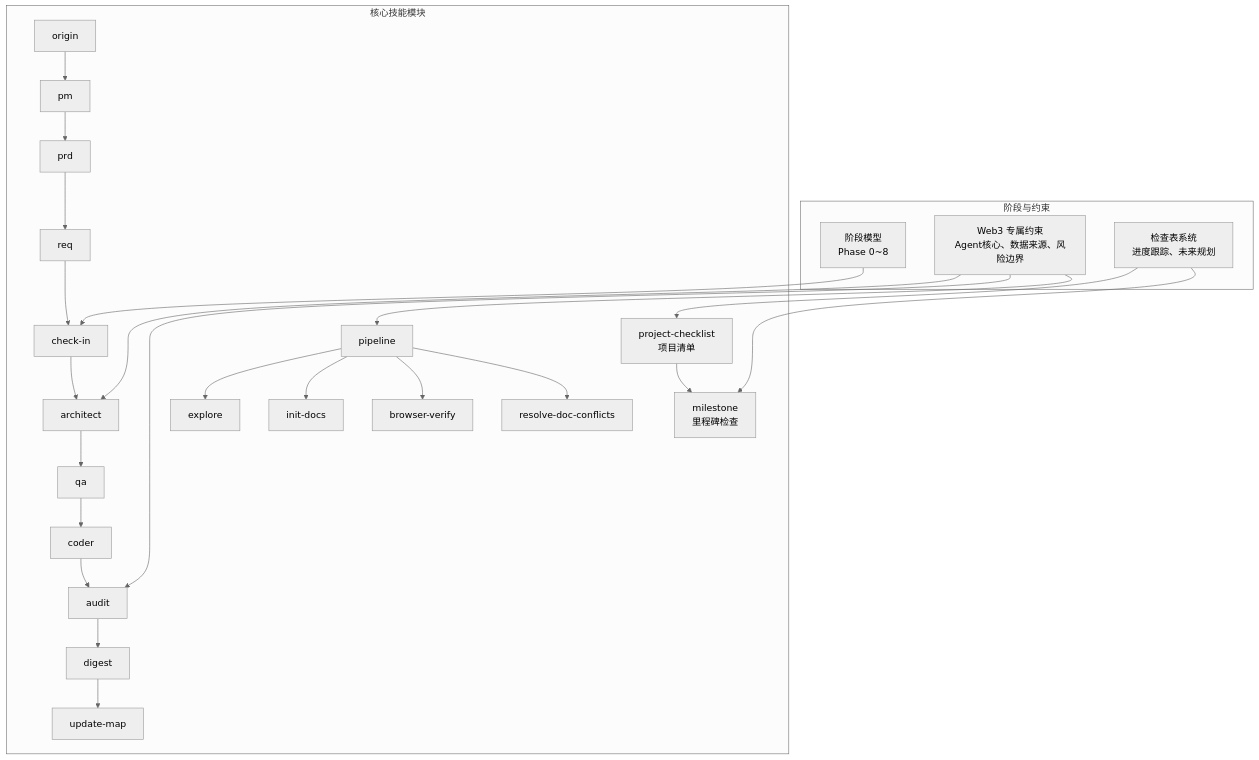
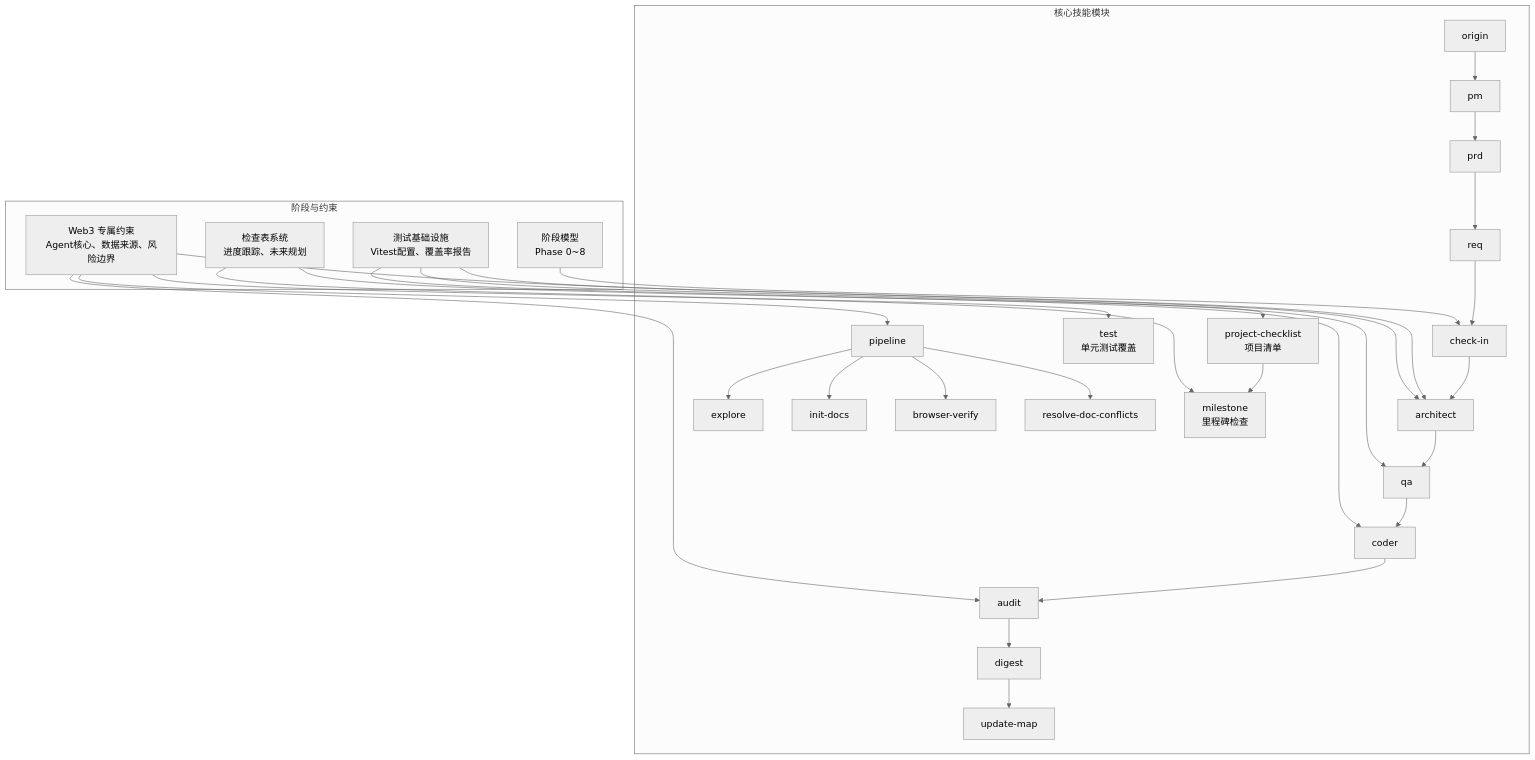
The second of 6 diagrams in .qoder/repowiki/zh/content/项目概述/项目概述.md (CryptoLinxu/Web3-AI-Agent), drawn with Mermaid (neutral theme) before and after one commit. The commit also changed other lines of this file and 17 other files, not shown here.

````diff
--- a/.qoder/repowiki/zh/content/项目概述/项目概述.md
+++ b/.qoder/repowiki/zh/content/项目概述/项目概述.md
@@ -139,40 +168,46 @@
 ```mermaid
 graph TB
 subgraph "阶段与约束"
 PHASES["阶段模型<br/>Phase 0~8"]
 WEB3_CONSTRAINTS["Web3 专属约束<br/>Agent核心、数据来源、风险边界"]
 CHECKLIST_SYSTEM["检查表系统<br/>进度跟踪、未来规划"]
+TEST_INFRASTRUCTURE["测试基础设施<br/>Vitest配置、覆盖率报告"]
 end
 subgraph "核心技能模块"
 ORG["origin"]
 PM["pm"]
 REQ["req"]
 PRD["prd"]
 CHECKIN["check-in"]
 ARCH["architect"]
 QA["qa"]
 CODER["coder"]
 AUDIT["audit"]
 DIGEST["digest"]
 UPDATE["update-map"]
 PIPE["pipeline"]
 EXPLORE["explore"]
 INIT["init-docs"]
 VER["browser-verify"]
 RES["resolve-doc-conflicts"]
+TEST["test<br/>单元测试覆盖"]
 CHECKLIST["project-checklist<br/>项目清单"]
 MILESTONE["milestone<br/>里程碑检查"]
 end
 PHASES --> CHECKIN
 WEB3_CONSTRAINTS --> ARCH
 WEB3_CONSTRAINTS --> AUDIT
 WEB3_CONSTRAINTS --> PIPE
+WEB3_CONSTRAINTS --> TEST
 CHECKLIST_SYSTEM --> CHECKLIST
 CHECKLIST_SYSTEM --> MILESTONE
+TEST_INFRASTRUCTURE --> QA
+TEST_INFRASTRUCTURE --> CODER
+TEST_INFRASTRUCTURE --> ARCH
 ORG --> PM --> PRD --> REQ --> CHECKIN --> ARCH --> QA --> CODER --> AUDIT --> DIGEST --> UPDATE
 PIPE --> EXPLORE
 PIPE --> INIT
 PIPE --> VER
 PIPE --> RES
 CHECKLIST --> MILESTONE
 ```
````
